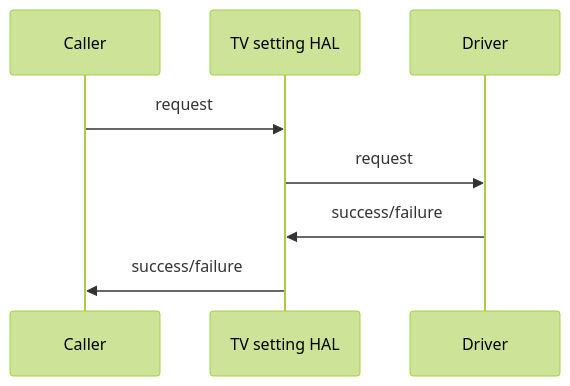
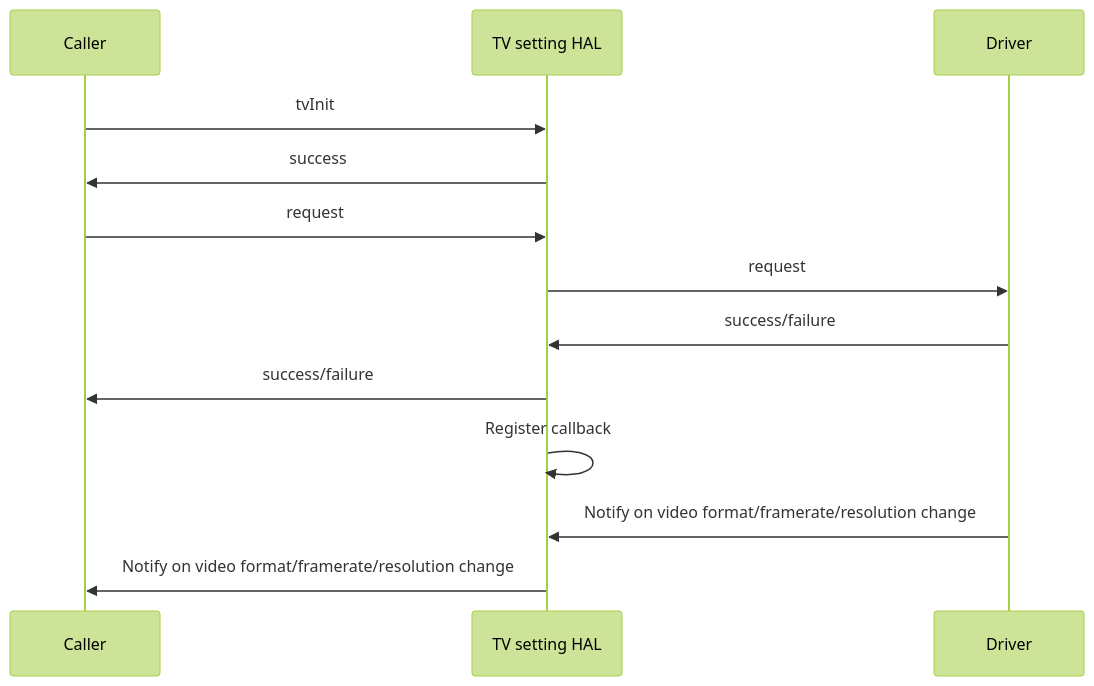
Before and after one commit to rdkcentral/rdkv-halif-tvsettings: the second of 3 diagrams in docs/pages/halSpec.md, drawn with Mermaid (forest theme). The commit also changed other lines of this file and 16 other files, not shown here.

````diff
--- a/docs/pages/halSpec.md
+++ b/docs/pages/halSpec.md
@@ -171,7 +175,12 @@
 ```mermaid
 sequenceDiagram
-Caller ->> TV setting HAL:request
-TV setting HAL ->> Driver:request
+Caller ->> TV setting HAL: tvInit
+TV setting HAL ->> Caller:success
+Caller ->> TV setting HAL: request
+TV setting HAL ->> Driver: request
 Driver ->> TV setting HAL:success/failure
 TV setting HAL ->> Caller:success/failure
+TV setting HAL ->> TV setting HAL:Register callback
+Driver ->> TV setting HAL:Notify on video format/framerate/resolution change
+TV setting HAL ->> Caller:Notify on video format/framerate/resolution change
 ```
````
